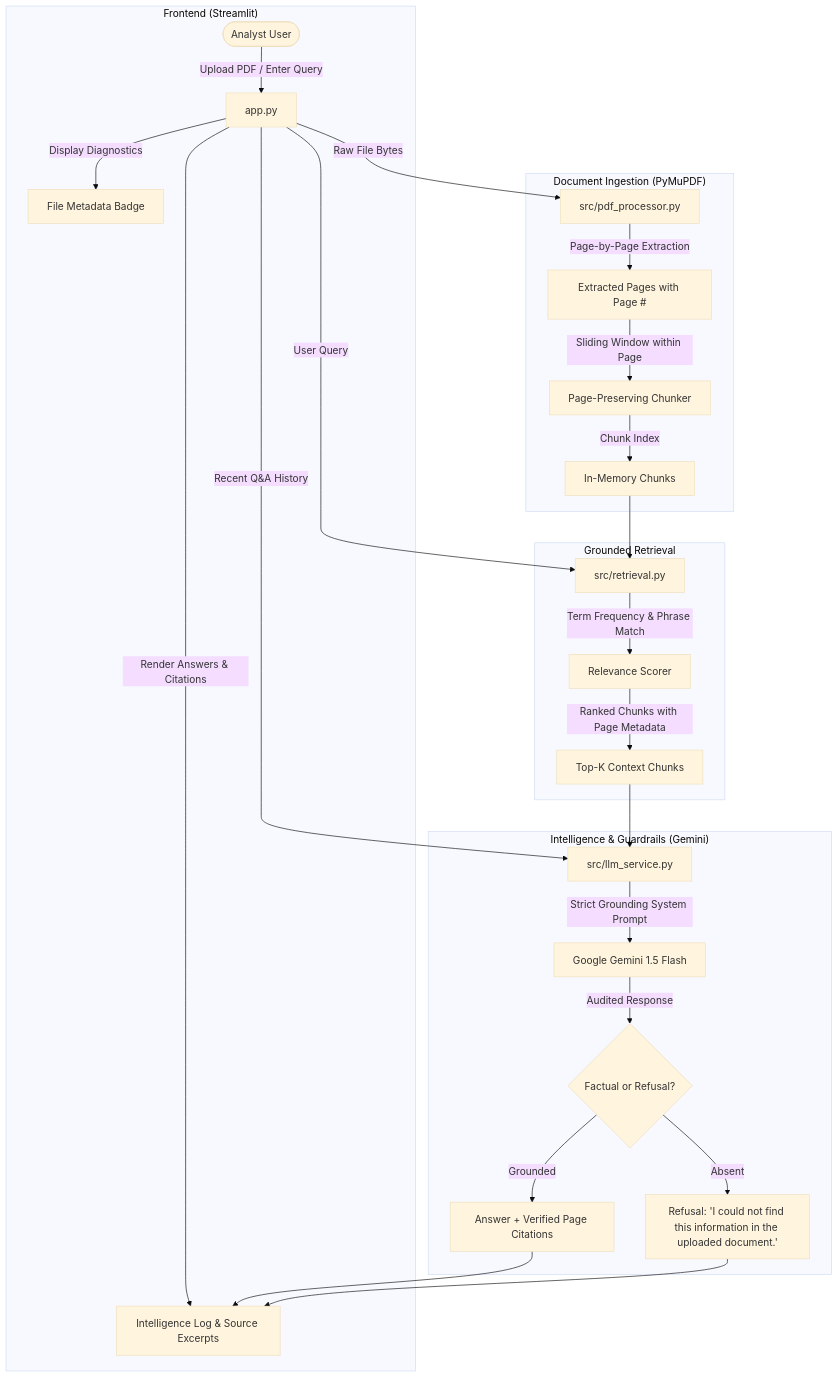
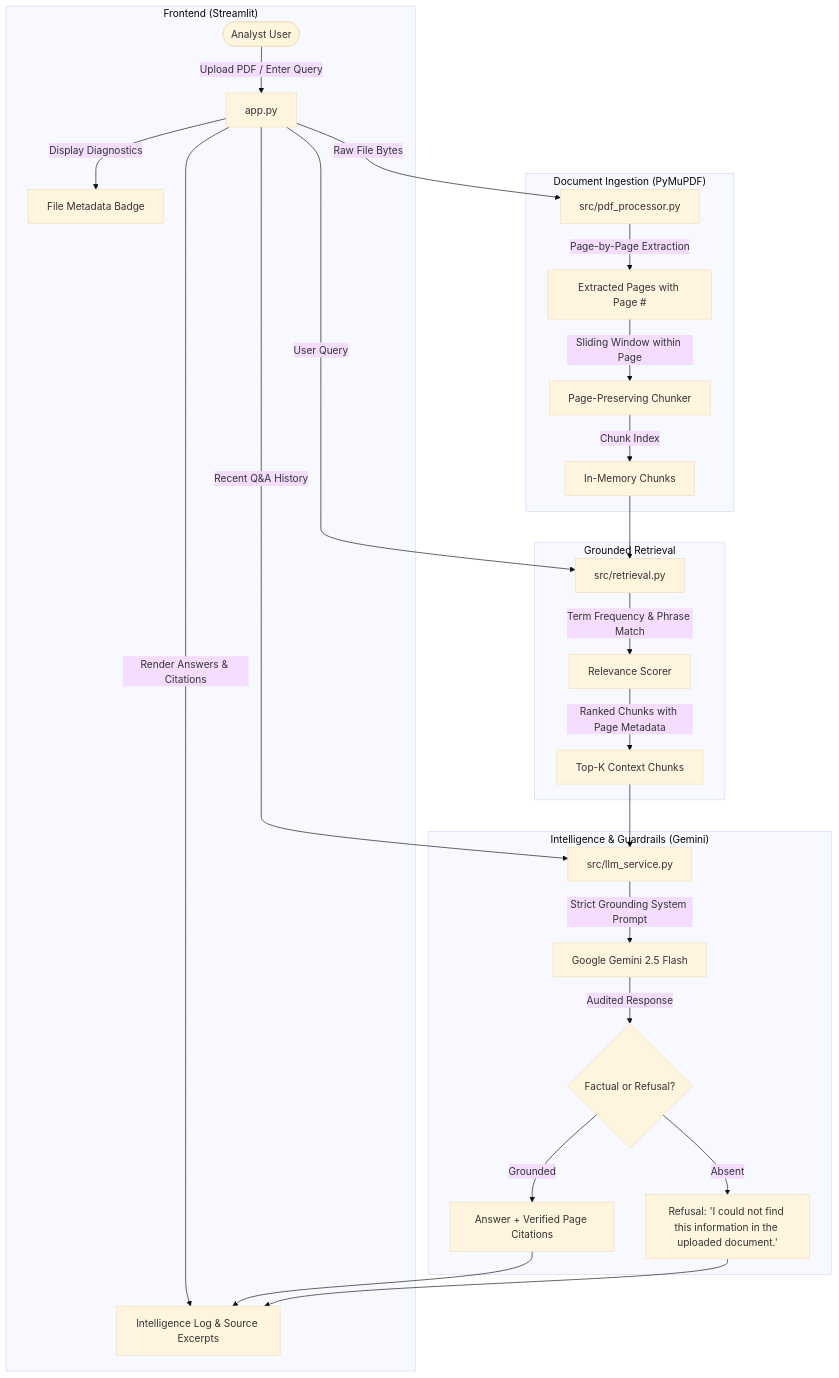
The diagram in README.md (Aditi000-hash/ASTRA-INTEL), drawn with Mermaid (base theme) before and after one commit. The commit also changed other lines of this file and 5 other files, not shown here.

Commit message:
Update default Gemini model to gemini-2.5-flash across application, tests, and documentation

````diff
--- a/README.md
+++ b/README.md
@@ -91,33 +91,33 @@
 ```mermaid
 flowchart TD
     subgraph UI_Layer ["Frontend (Streamlit)"]
         User([Analyst User]) -->|Upload PDF / Enter Query| Streamlit[app.py]
         Streamlit -->|Display Diagnostics| Diagnostics[File Metadata Badge]
         Streamlit -->|Render Answers & Citations| Output[Intelligence Log & Source Excerpts]
     end
 
     subgraph Processing_Layer ["Document Ingestion (PyMuPDF)"]
         Streamlit -->|Raw File Bytes| Parser[src/pdf_processor.py]
         Parser -->|Page-by-Page Extraction| Pages[Extracted Pages with Page #]
         Pages -->|Sliding Window within Page| Chunker[Page-Preserving Chunker]
         Chunker -->|Chunk Index| Chunks[In-Memory Chunks]
     end
 
     subgraph Retrieval_Layer ["Grounded Retrieval"]
         Streamlit -->|User Query| Retriever[src/retrieval.py]
         Chunks --> Retriever
         Retriever -->|Term Frequency & Phrase Match| Scorer[Relevance Scorer]
         Scorer -->|Ranked Chunks with Page Metadata| TopChunks[Top-K Context Chunks]
     end
 
     subgraph LLM_Layer ["Intelligence & Guardrails (Gemini)"]
         TopChunks --> LLM[src/llm_service.py]
         Streamlit -->|Recent Q&A History| LLM
-        LLM -->|Strict Grounding System Prompt| Gemini[Google Gemini 1.5 Flash]
+        LLM -->|Strict Grounding System Prompt| Gemini[Google Gemini 2.5 Flash]
         Gemini -->|Audited Response| Formatter{Factual or Refusal?}
         Formatter -->|Grounded| Answer[Answer + Verified Page Citations]
         Formatter -->|Absent| Refusal["Refusal: 'I could not find this information in the uploaded document.'"]
         Answer --> Output
         Refusal --> Output
     end
 ```
````
